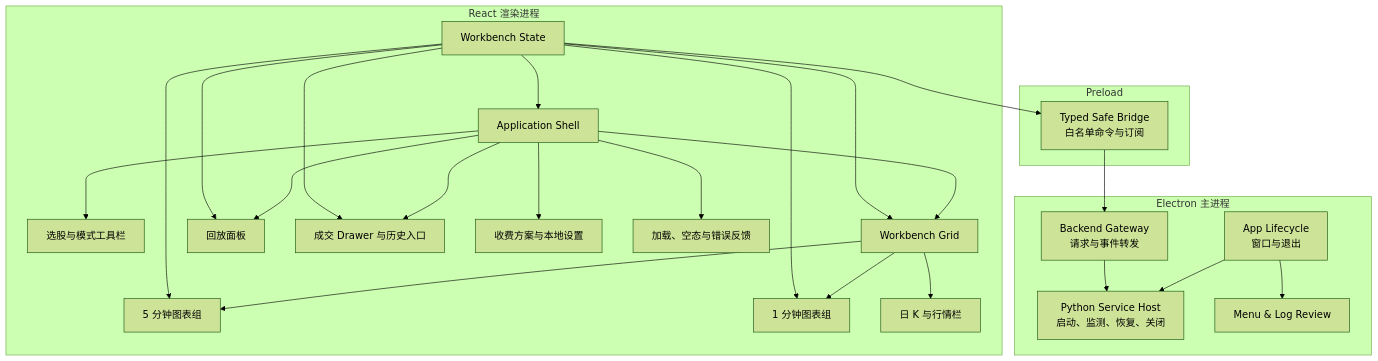
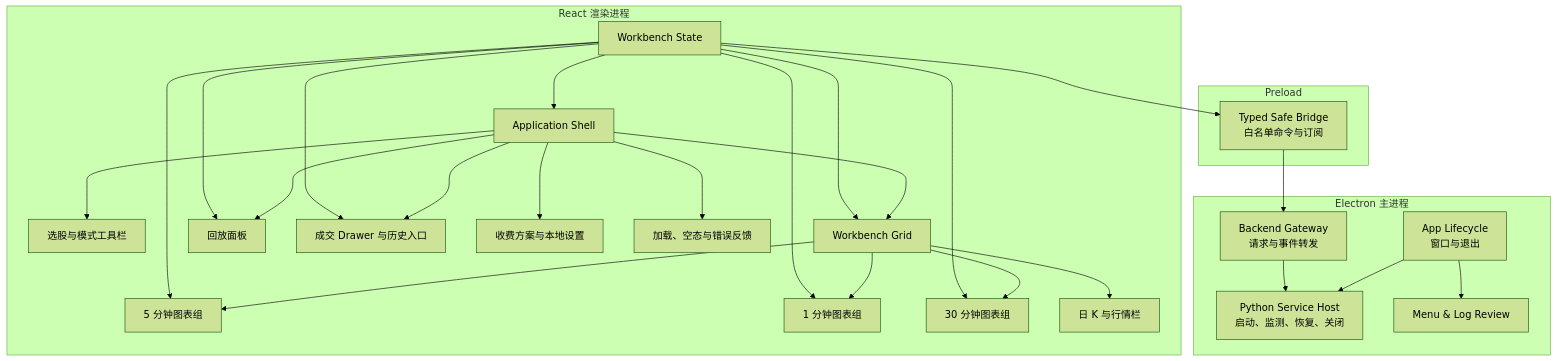
The second of 4 diagrams in docs/t0assistant/module_design.md (shenjee/stockpilot), drawn with Mermaid (forest theme) before and after one commit. The commit also changed other lines of this file and 40 other files, not shown here.

First line of the commit message:
feat(t0assistant): add 30m secondary chart, warnings, and 50/50 layout

````diff
--- a/docs/t0assistant/module_design.md
+++ b/docs/t0assistant/module_design.md
@@ -74,48 +74,51 @@
 ```mermaid
 flowchart TB
     subgraph Electron["Electron 主进程"]
         Lifecycle["App Lifecycle\n窗口与退出"]
         PythonHost["Python Service Host\n启动、监测、恢复、关闭"]
         BackendGateway["Backend Gateway\n请求与事件转发"]
         MenuLog["Menu & Log Review"]
     end
 
     subgraph Bridge["Preload"]
         SafeAPI["Typed Safe Bridge\n白名单命令与订阅"]
     end
 
     subgraph React["React 渲染进程"]
         Shell["Application Shell"]
         Store["Workbench State"]
         Toolbar["选股与模式工具栏"]
         Grid["Workbench Grid"]
         Five["5 分钟图表组"]
         Minute["1 分钟图表组"]
+        Thirty["30 分钟图表组"]
         Sidebar["日 K 与行情栏"]
         Replay["回放面板"]
         Trades["成交 Drawer 与历史入口"]
         Settings["收费方案与本地设置"]
         Errors["加载、空态与错误反馈"]
     end
 
     Shell --> Toolbar
     Shell --> Grid
     Shell --> Replay
     Shell --> Trades
     Shell --> Settings
     Shell --> Errors
     Grid --> Five
     Grid --> Minute
+    Grid --> Thirty
     Grid --> Sidebar
     Store --> Shell
     Store --> Grid
     Store --> Five
     Store --> Minute
+    Store --> Thirty
     Store --> Replay
     Store --> Trades
     Store --> SafeAPI
     SafeAPI --> BackendGateway
     Lifecycle --> PythonHost
     Lifecycle --> MenuLog
     BackendGateway --> PythonHost
 ```
````
